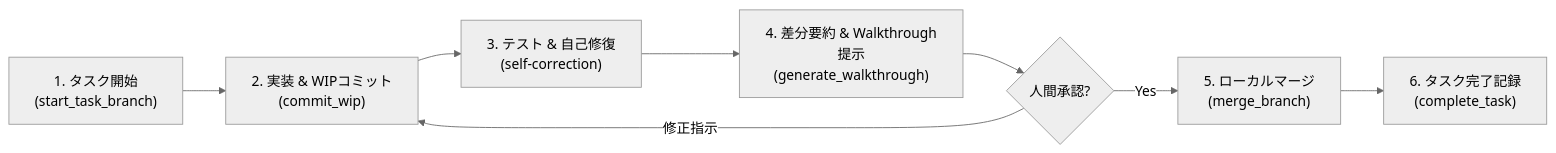
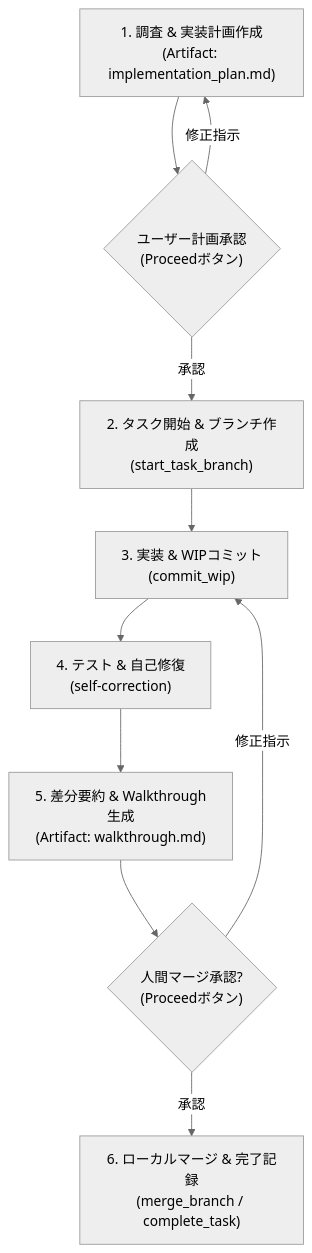
The diagram in .agents/skills/local-workflow/SKILL.md (nebula121/AIDD_Template), drawn with Mermaid (neutral theme) before and after one commit. The commit also changed other lines of this file and 7 other files, not shown here.

````diff
--- a/.agents/skills/local-workflow/SKILL.md
+++ b/.agents/skills/local-workflow/SKILL.md
@@ -20,10 +22,12 @@
 ```mermaid
-flowchart LR
-    Start["1. タスク開始<br/>(start_task_branch)"] --> Impl["2. 実装 & WIPコミット<br/>(commit_wip)"]
-    Impl --> Test["3. テスト & 自己修復<br/>(self-correction)"]
-    Test --> Review["4. 差分要約 & Walkthrough提示<br/>(generate_walkthrough)"]
-    Review --> Approve{人間承認?}
-    Approve -- Yes --> Merge["5. ローカルマージ<br/>(merge_branch)"]
-    Merge --> Complete["6. タスク完了記録<br/>(complete_task)"]
-    Approve -- 修正指示 --> Impl
+flowchart TD
+    Step1["1. 調査 & 実装計画作成<br/>(Artifact: implementation_plan.md)"] --> ApprovePlan{"ユーザー計画承認<br/>(Proceedボタン)"}
+    ApprovePlan -- 承認 --> Step2["2. タスク開始 & ブランチ作成<br/>(start_task_branch)"]
+    Step2 --> Step3["3. 実装 & WIPコミット<br/>(commit_wip)"]
+    Step3 --> Step4["4. テスト & 自己修復<br/>(self-correction)"]
+    Step4 --> Step5["5. 差分要約 & Walkthrough生成<br/>(Artifact: walkthrough.md)"]
+    Step5 --> ApproveMerge{"人間マージ承認?<br/>(Proceedボタン)"}
+    ApproveMerge -- 承認 --> Step6["6. ローカルマージ & 完了記録<br/>(merge_branch / complete_task)"]
+    ApprovePlan -- 修正指示 --> Step1
+    ApproveMerge -- 修正指示 --> Step3
 ```
````
